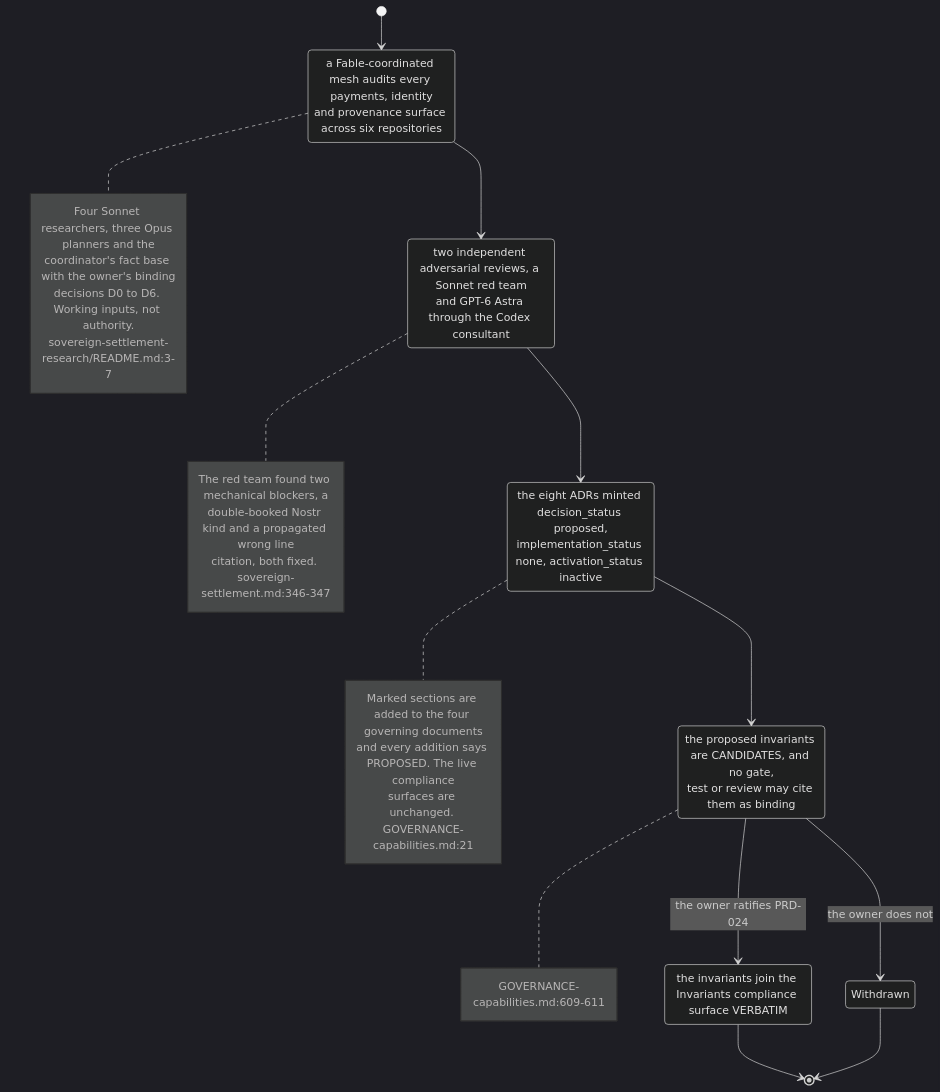
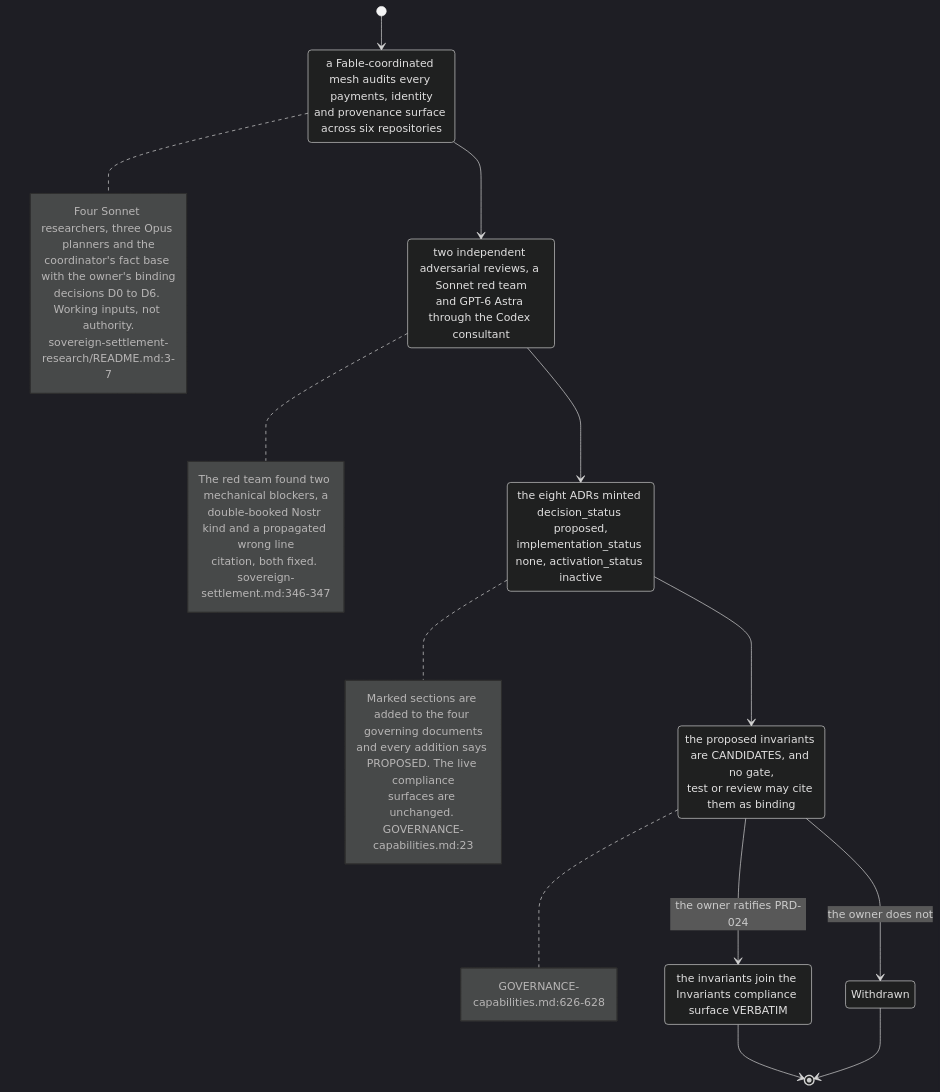
Before and after one commit to DreamLab-AI/VisionFlow: the second of 7 diagrams in docs/diagrams/agentbox/31-sovereign-settlement.md, drawn with Mermaid (dark theme). The commit also changed other lines of this file and 154 other files, not shown here.

First line of the commit message:
docs(diagrams): re-stamp 154 topics whose every citation still reads the same text at the current heads

````diff
--- a/docs/diagrams/agentbox/31-sovereign-settlement.md
+++ b/docs/diagrams/agentbox/31-sovereign-settlement.md
@@ -94,35 +94,35 @@
 ```mermaid
 stateDiagram-v2
     [*] --> Researched
     Researched: a Fable-coordinated mesh audits every payments, identity<br/>and provenance surface across six repositories
     note right of Researched
         Four Sonnet researchers, three Opus planners and the
         coordinator's fact base with the owner's binding
         decisions D0 to D6. Working inputs, not authority.
         sovereign-settlement-research/README.md:3-7
     end note
     Researched --> Reviewed
     Reviewed: two independent adversarial reviews, a Sonnet red team<br/>and GPT-6 Astra through the Codex consultant
     note right of Reviewed
         The red team found two mechanical blockers, a
         double-booked Nostr kind and a propagated wrong line
         citation, both fixed. sovereign-settlement.md:346-347
     end note
     Reviewed --> Proposed
     Proposed: the eight ADRs minted decision_status proposed,<br/>implementation_status none, activation_status inactive
     note right of Proposed
         Marked sections are added to the four governing documents
         and every addition says PROPOSED. The live compliance
-        surfaces are unchanged. GOVERNANCE-capabilities.md:21
+        surfaces are unchanged. GOVERNANCE-capabilities.md:23
     end note
     Proposed --> Candidate
     Candidate: the proposed invariants are CANDIDATES, and no gate,<br/>test or review may cite them as binding
     note right of Candidate
-        GOVERNANCE-capabilities.md:609-611
+        GOVERNANCE-capabilities.md:626-628
     end note
     Candidate --> Ratified : the owner ratifies PRD-024
     Candidate --> Withdrawn : the owner does not
     Ratified: the invariants join the Invariants compliance surface VERBATIM
     Ratified --> [*]
     Withdrawn --> [*]
 ```
````
